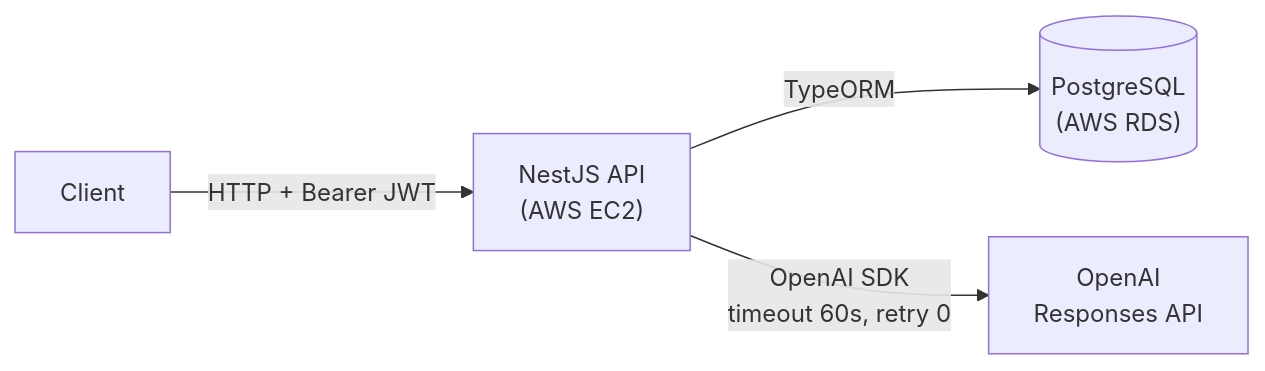
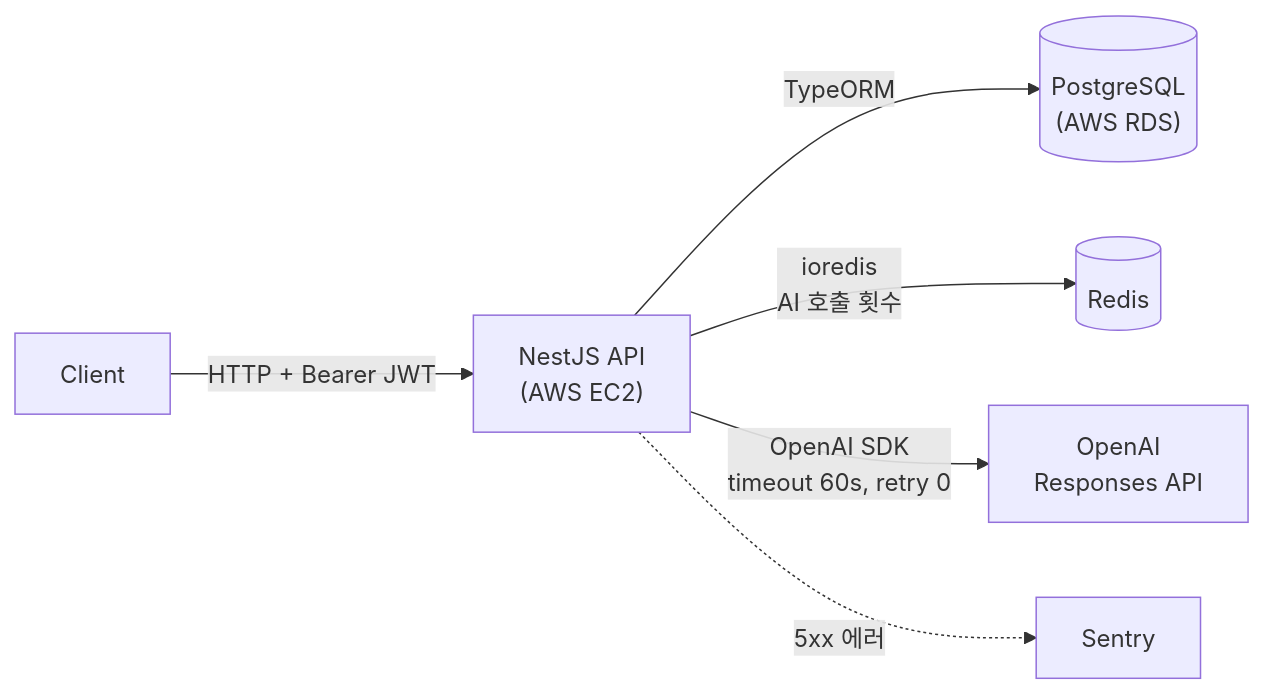
One commit to FEY888/diary-ai-app changed the first of 3 diagrams in README.md. Above: the diagram before and after it, drawn with Mermaid. The commit also changed other lines of this file and 18 other files, not shown here.

First line of the commit message:
Feat/redis quota sentry (#3)

````diff
--- a/README.md
+++ b/README.md
@@ -39,6 +41,8 @@
 ```mermaid
 flowchart LR
     App["Client"] -->|"HTTP + Bearer JWT"| API["NestJS API<br/>(AWS EC2)"]
     API -->|"TypeORM"| DB[("PostgreSQL<br/>(AWS RDS)")]
+    API -->|"ioredis<br/>AI 호출 횟수"| Redis[("Redis")]
     API -->|"OpenAI SDK<br/>timeout 60s, retry 0"| OpenAI["OpenAI<br/>Responses API"]
+    API -.->|"5xx 에러"| Sentry["Sentry"]
 ```
````
